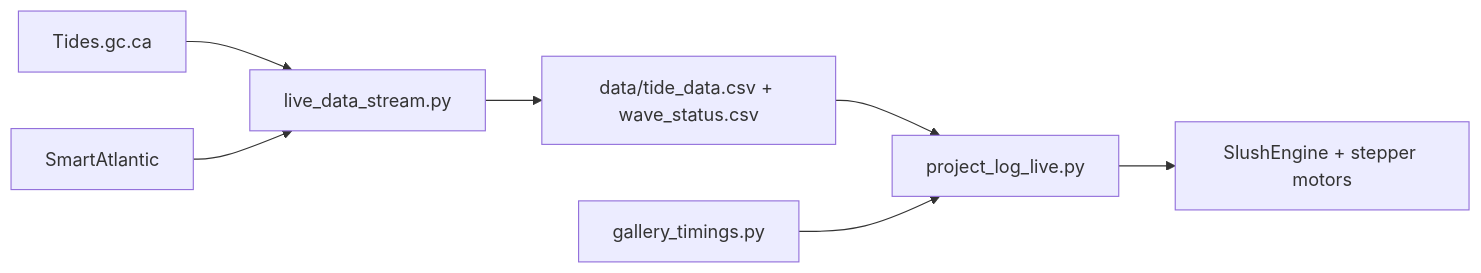
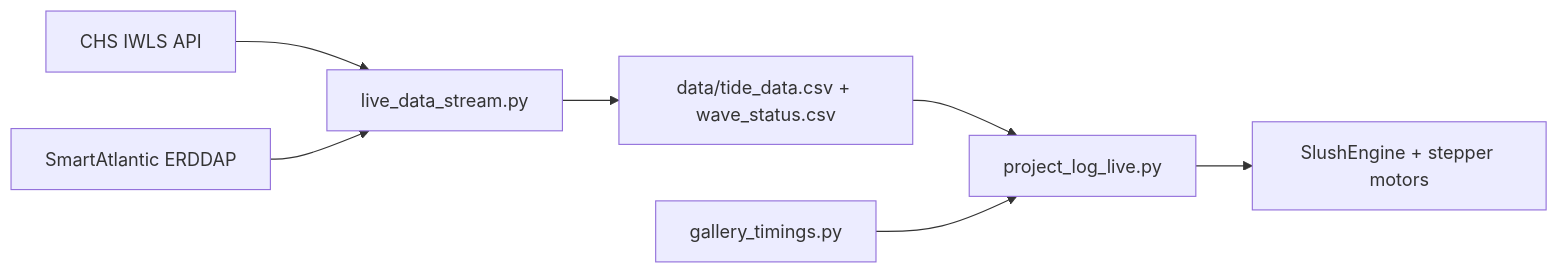
One commit to adamsimms/logberry changed the diagram in README.md. Above: the diagram before and after it, drawn with Mermaid. The commit also changed other lines of this file and 12 other files, not shown here.

````diff
--- a/README.md
+++ b/README.md
@@ -25,9 +25,9 @@
 ```mermaid
 flowchart LR
-    TideAPI[Tides.gc.ca] --> DataStream[live_data_stream.py]
-    WaveAPI[SmartAtlantic] --> DataStream
+    TideAPI[CHS IWLS API] --> DataStream[live_data_stream.py]
+    WaveAPI[SmartAtlantic ERDDAP] --> DataStream
     DataStream --> CSV[data/tide_data.csv + wave_status.csv]
     CSV --> Motors[project_log_live.py]
     Motors --> Slush[SlushEngine + stepper motors]
     Gallery[gallery_timings.py] --> Motors
 ```
````
